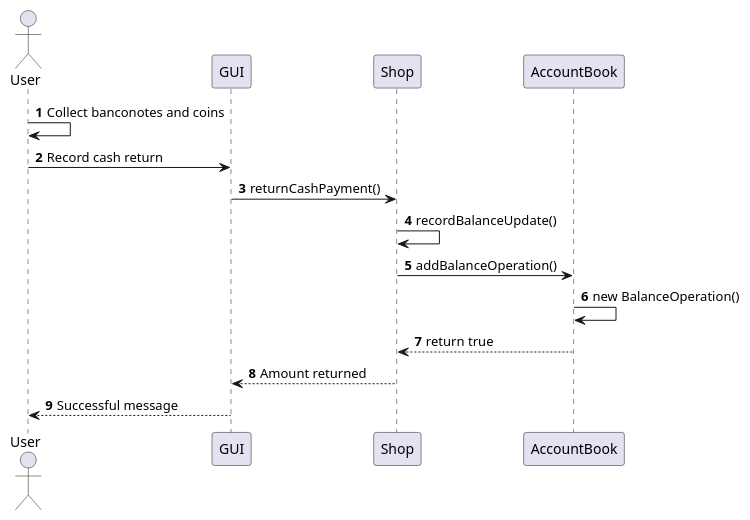
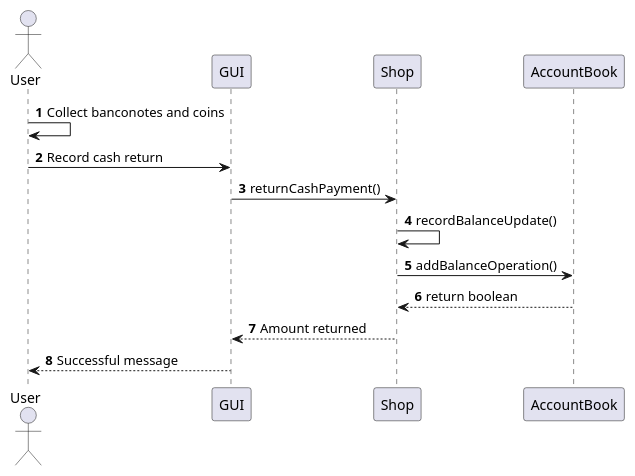
Diagram 23 of 23 in Deliverables/DesignDocument.md (Stormz4/group20-EzShop), drawn with PlantUML before and after one commit. The commit also changed other lines of this file, not shown here.

````diff
--- a/Deliverables/DesignDocument.md
+++ b/Deliverables/DesignDocument.md
@@ -799,15 +714,14 @@
 ```plantuml
 @startuml
 Actor User
 autonumber
 User -> User: Collect banconotes and coins
 User -> GUI: Record cash return
 GUI -> Shop: returnCashPayment()
 Shop -> Shop: recordBalanceUpdate()
 Shop -> AccountBook: addBalanceOperation()
-AccountBook -> AccountBook: new BalanceOperation()
-AccountBook --> Shop: return true
+AccountBook --> Shop: return boolean
 Shop --> GUI: Amount returned
 GUI --> User: Successful message
 @enduml
 ```
````
